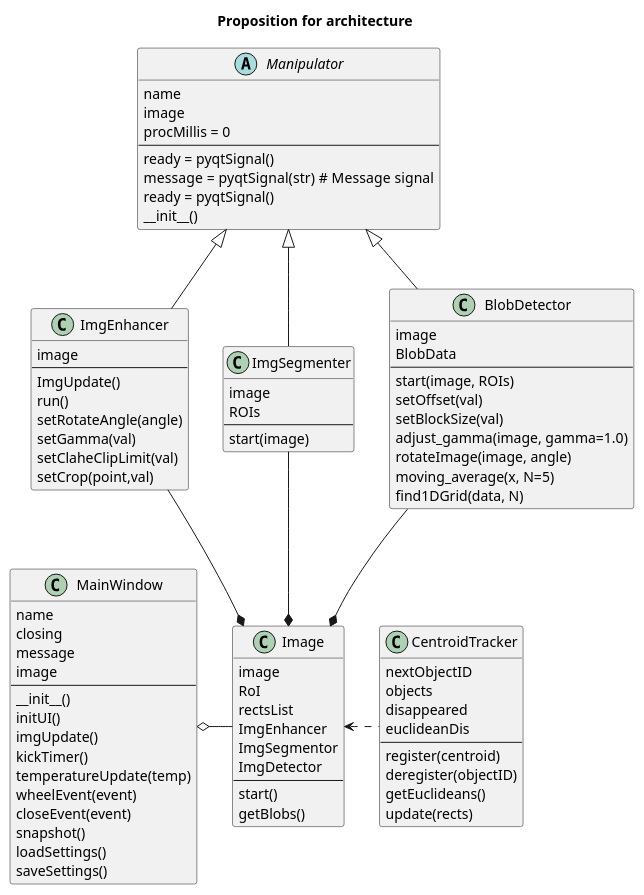
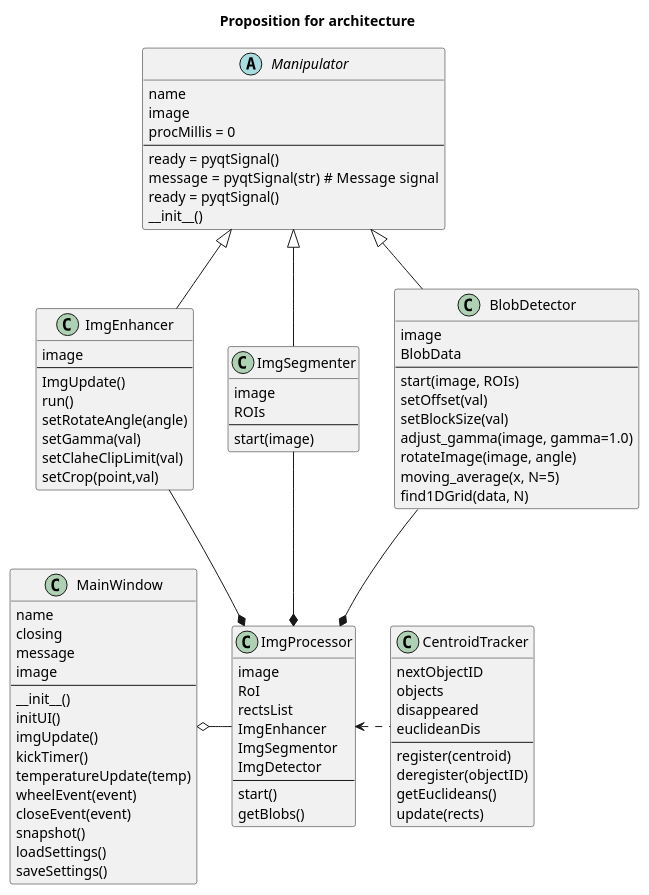
Before and after one commit to HANprojectsENG/SPOT2: the diagram in classdiagram.puml, drawn with PlantUML. The commit also changed 2 other files, not shown here.

Commit message:
adjusted image->imgProcessor in uml

```diff
--- a/classdiagram.puml
+++ b/classdiagram.puml
@@ -1,97 +1,97 @@
 @@startuml
 
 title "Proposition for architecture"
 
 abstract Manipulator{
     name
     image
     procMillis = 0 
     --
     ready = pyqtSignal()
     message = pyqtSignal(str)  # Message signal
     ready = pyqtSignal()
     __init__()
 }
 
 class ImgEnhancer{
     image
     --
     ImgUpdate()
     run()
     setRotateAngle(angle)
     setGamma(val)
     setClaheClipLimit(val)
     setCrop(point,val)
 }
 
 class ImgSegmenter{
     image
     ROIs
     --
     start(image)
 }
 
 class BlobDetector{
     image
     BlobData
     --
     start(image, ROIs)
     setOffset(val)
     setBlockSize(val)
     adjust_gamma(image, gamma=1.0)
     rotateImage(image, angle)
     moving_average(x, N=5)
     find1DGrid(data, N)
 }
 
-class Image{
+class ImgProcessor{
     image
     RoI
     rectsList
     ImgEnhancer
     ImgSegmentor
     ImgDetector
     --
     start()
     getBlobs()
 }
 
 class CentroidTracker{
     nextObjectID
 	objects 
 	disappeared
 	euclideanDis
     --
     register(centroid)
     deregister(objectID)
     getEuclideans()
     update(rects)
 }
 
 class MainWindow{
     name
     closing
     message
     image
     --
     __init__()
     initUI()
     imgUpdate()
     kickTimer()
     temperatureUpdate(temp)
     wheelEvent(event)
     closeEvent(event)
     snapshot()
     loadSettings()
     saveSettings()
 }
 
 BlobDetector -up-|> Manipulator
 ImgEnhancer -up-|> Manipulator
 ImgSegmenter -up-|> Manipulator
-BlobDetector --* Image
-ImgSegmenter --* Image
-ImgEnhancer --* Image
-Image <.right. CentroidTracker
-Image -left-o MainWindow
+BlobDetector --* ImgProcessor
+ImgSegmenter --* ImgProcessor
+ImgEnhancer --* ImgProcessor
+ImgProcessor <.right. CentroidTracker
+ImgProcessor -left-o MainWindow
 @@enduml
```
